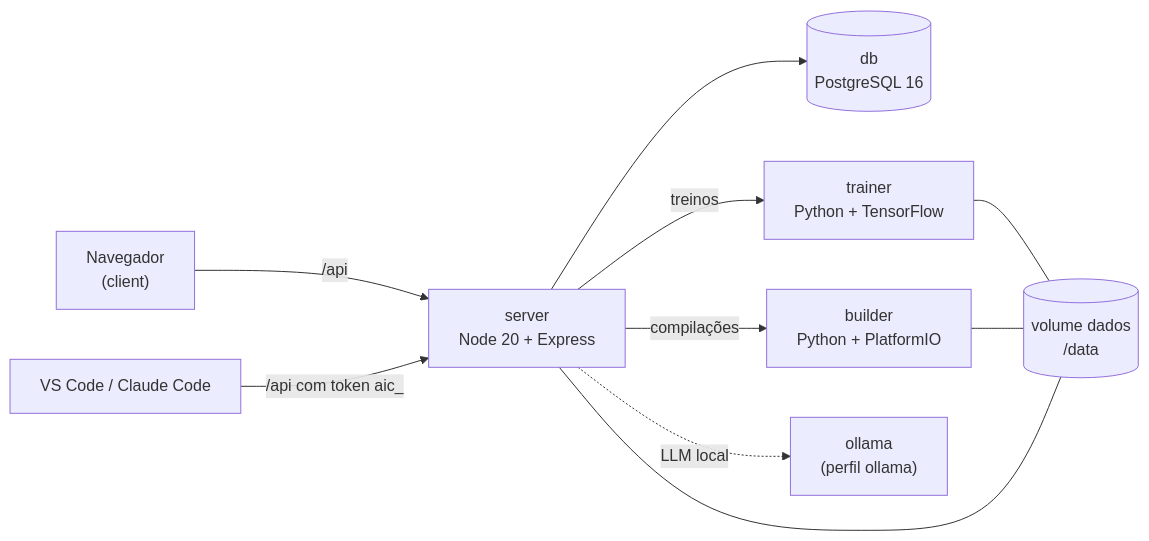
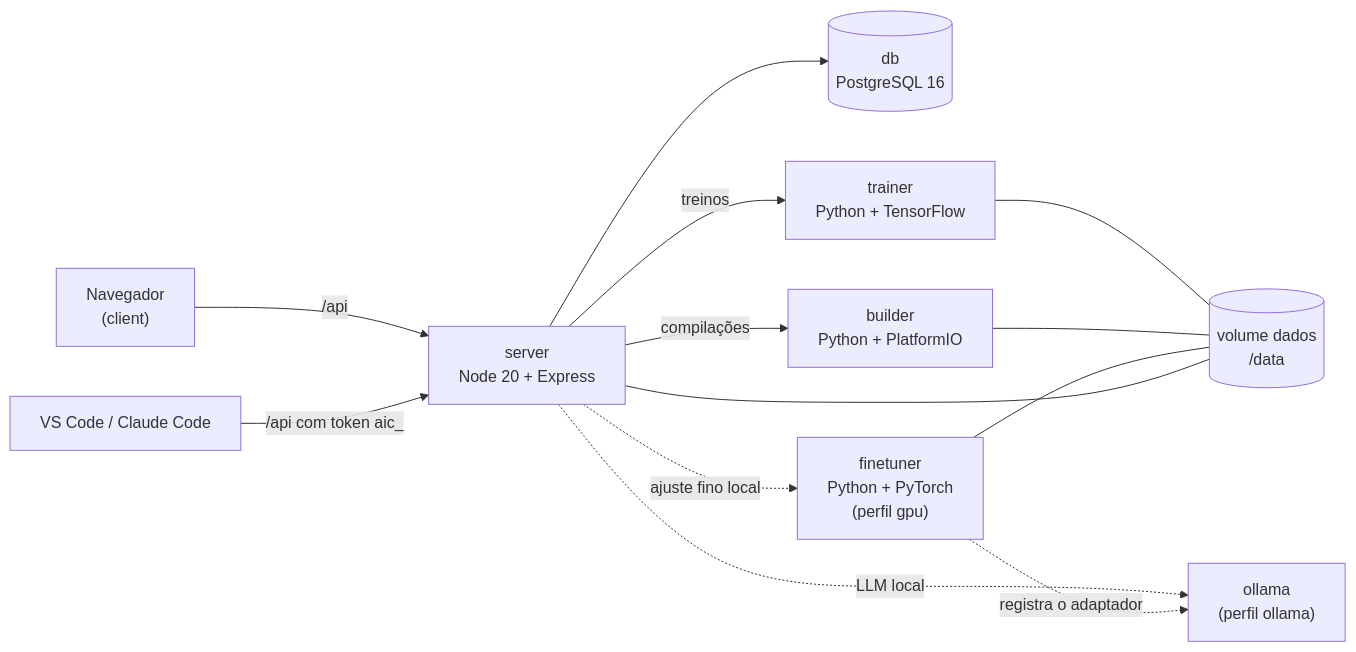
One commit to marco3079/ai-creator changed the diagram in README.md. Above: the diagram before and after it, drawn with Mermaid. The commit also changed other lines of this file and 81 other files, not shown here.

````diff
--- a/README.md
+++ b/README.md
@@ -128,12 +157,15 @@
 ```mermaid
 flowchart LR
   navegador["Navegador<br/>(client)"] -->|"/api"| server["server<br/>Node 20 + Express"]
   vscode["VS Code / Claude Code"] -->|"/api com token aic_"| server
   server --> db[("db<br/>PostgreSQL 16")]
   server -->|"treinos"| trainer["trainer<br/>Python + TensorFlow"]
   server -->|"compilações"| builder["builder<br/>Python + PlatformIO"]
   server -.->|"LLM local"| ollama["ollama<br/>(perfil ollama)"]
+  server -.->|"ajuste fino local"| finetuner["finetuner<br/>Python + PyTorch<br/>(perfil gpu)"]
+  finetuner -.->|"registra o adaptador"| ollama
   trainer --- dados[("volume dados<br/>/data")]
   builder --- dados
+  finetuner --- dados
   server --- dados
 ```
````
